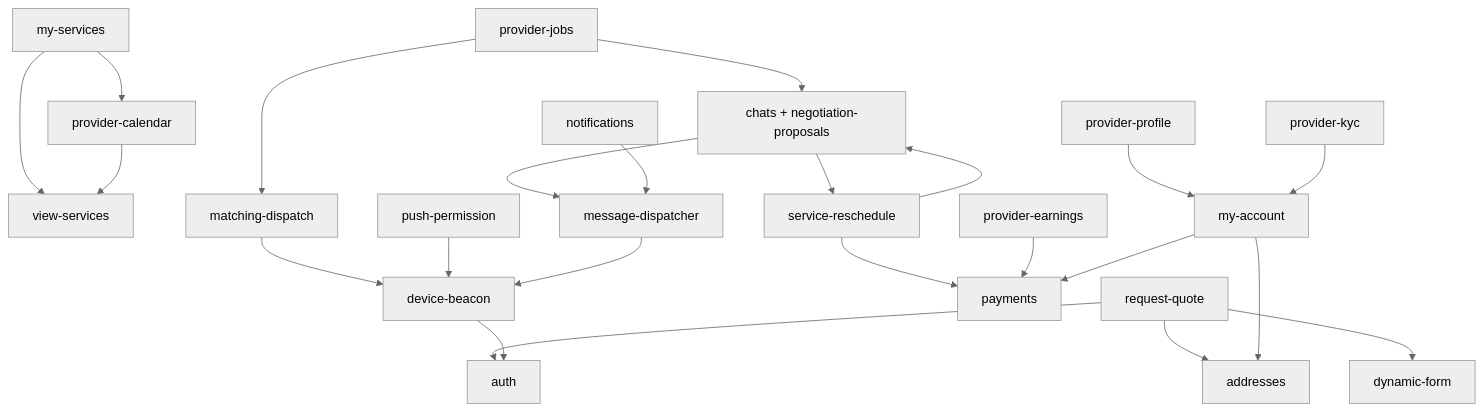
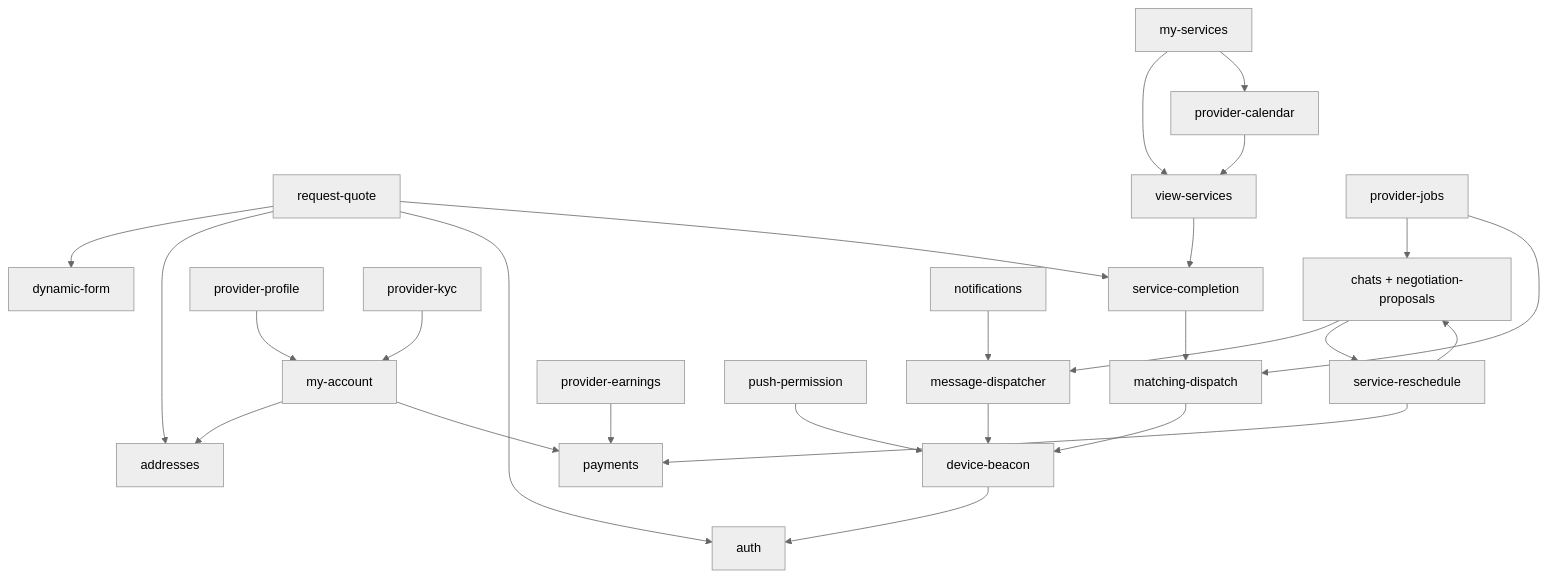
One commit to higorpo/renovi-orbit-test changed the diagram in docs/business/02-mapa-de-modulos-e-features.md. Above: the diagram before and after it, drawn with Mermaid (neutral theme). The commit also changed other lines of this file and 35 other files, not shown here.

First line of the commit message:
Enhance service completion documentation and update related components

````diff
--- a/docs/business/02-mapa-de-modulos-e-features.md
+++ b/docs/business/02-mapa-de-modulos-e-features.md
@@ -99,45 +102,49 @@
 ```mermaid
 flowchart TB
   RQ[request-quote]
   DF[dynamic-form]
   AD[addresses]
   AU[auth]
   CM[my-services]
   VS[view-services]
+  SC[service-completion]
   PJ[provider-jobs]
   PP[provider-profile]
   MA[my-account]
   PK[provider-kyc]
   CH[chats + negotiation-proposals]
   SR[service-reschedule]
   MD[message-dispatcher]
   NOTIF[notifications]
   PAY[payments]
   PE[provider-earnings]
   PC[provider-calendar]
   DB[device-beacon]
   PUSH[push-permission]
   MATCH[matching-dispatch]
   RQ --> DF
   RQ --> AD
   RQ --> AU
+  RQ --> SC
+  SC --> MATCH
   CM --> VS
   CM --> PC
   PC --> VS
+  VS --> SC
   MA --> AD
   PP --> MA
   PJ --> CH
   PJ --> MATCH
   MATCH --> DB
   CH --> MD
   CH --> SR
   SR --> CH
   SR --> PAY
   PK --> MA
   PE --> PAY
   MA --> PAY
   NOTIF --> MD
   PUSH --> DB
   DB --> AU
   MD --> DB
 ```
````
